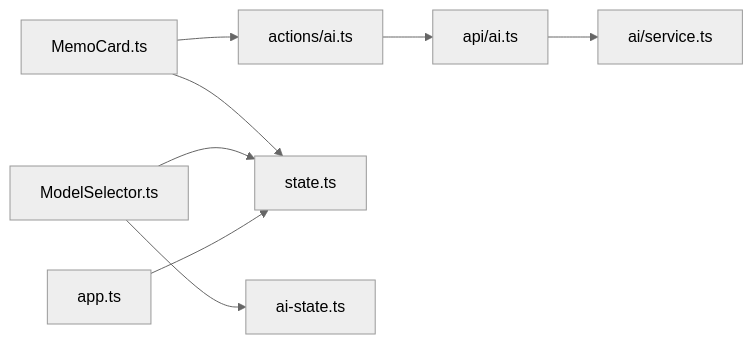
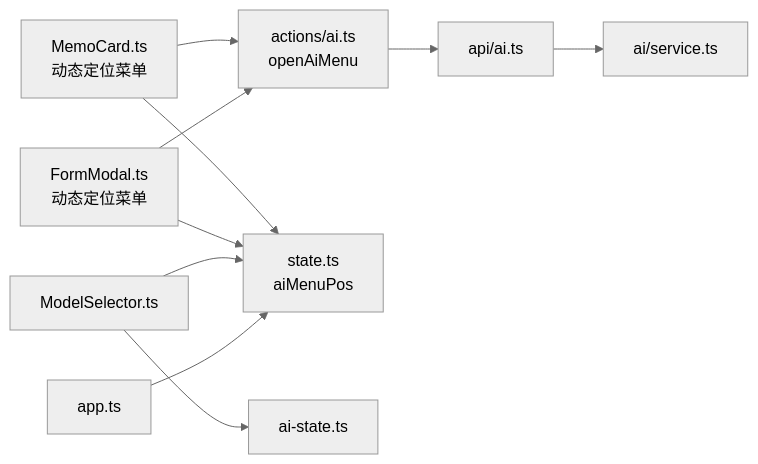
Before and after one commit to BlackBoxRecorder/memos: the ninth of 9 diagrams in .qoder/repowiki/zh/content/前端应用/Admin管理界面/AI工具箱集成.md, drawn with Mermaid (neutral theme). The commit also changed other lines of this file and 30 other files, not shown here.

````diff
--- a/.qoder/repowiki/zh/content/前端应用/Admin管理界面/AI工具箱集成.md
+++ b/.qoder/repowiki/zh/content/前端应用/Admin管理界面/AI工具箱集成.md
@@ -301,10 +369,12 @@
 ```mermaid
 graph LR
-MC["MemoCard.ts"] --> ACT["actions/ai.ts"]
-MC --> ST["state.ts"]
+MC["MemoCard.ts<br/>动态定位菜单"] --> ACT["actions/ai.ts<br/>openAiMenu"]
+MC --> ST["state.ts<br/>aiMenuPos"]
+FM["FormModal.ts<br/>动态定位菜单"] --> ACT
+FM --> ST
 MS["ModelSelector.ts"] --> AST["ai-state.ts"]
 MS --> ST
 APP["app.ts"] --> ST
 ACT --> API["api/ai.ts"]
 API --> SVC["ai/service.ts"]
 ```
````
